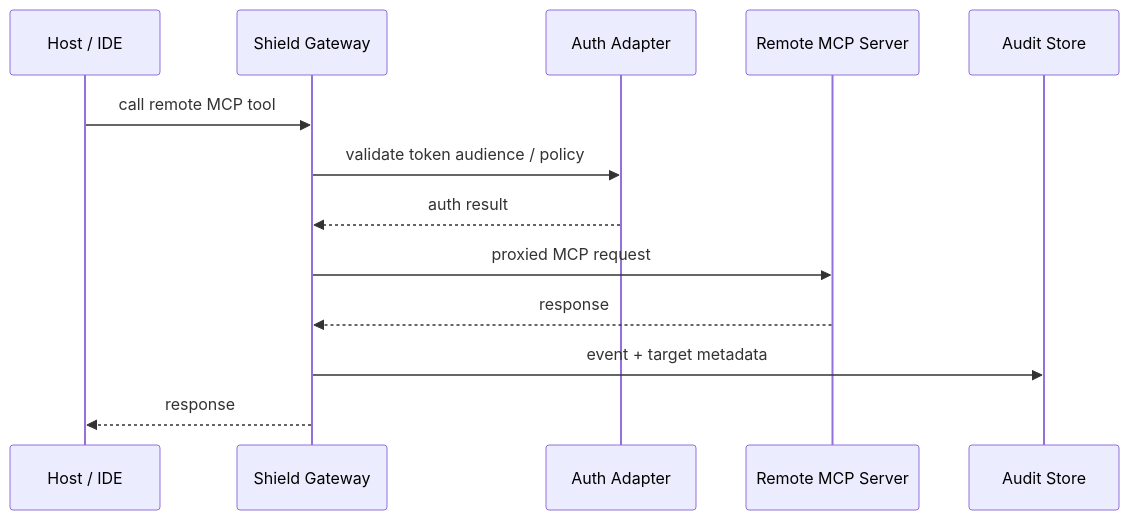
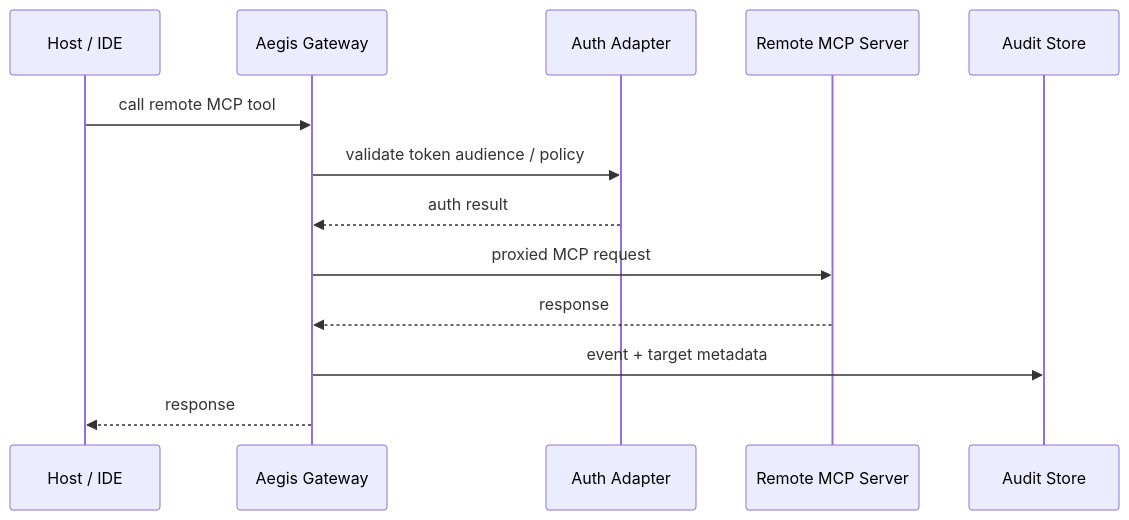
One commit to xiao-zi-chen/mcp-aegis changed the fifth of 6 diagrams in docs/architecture.md. Above: the diagram before and after it, drawn with Mermaid. The commit also changed other lines of this file and 22 other files, not shown here.

````diff
--- a/docs/architecture.md
+++ b/docs/architecture.md
@@ -399,16 +399,16 @@
 ```mermaid
 sequenceDiagram
     participant Host as Host / IDE
-    participant GW as Shield Gateway
+    participant GW as Aegis Gateway
     participant Auth as Auth Adapter
     participant Remote as Remote MCP Server
     participant Audit as Audit Store
 
     Host->>GW: call remote MCP tool
     GW->>Auth: validate token audience / policy
     Auth-->>GW: auth result
     GW->>Remote: proxied MCP request
     Remote-->>GW: response
     GW->>Audit: event + target metadata
     GW-->>Host: response
 ```
````
